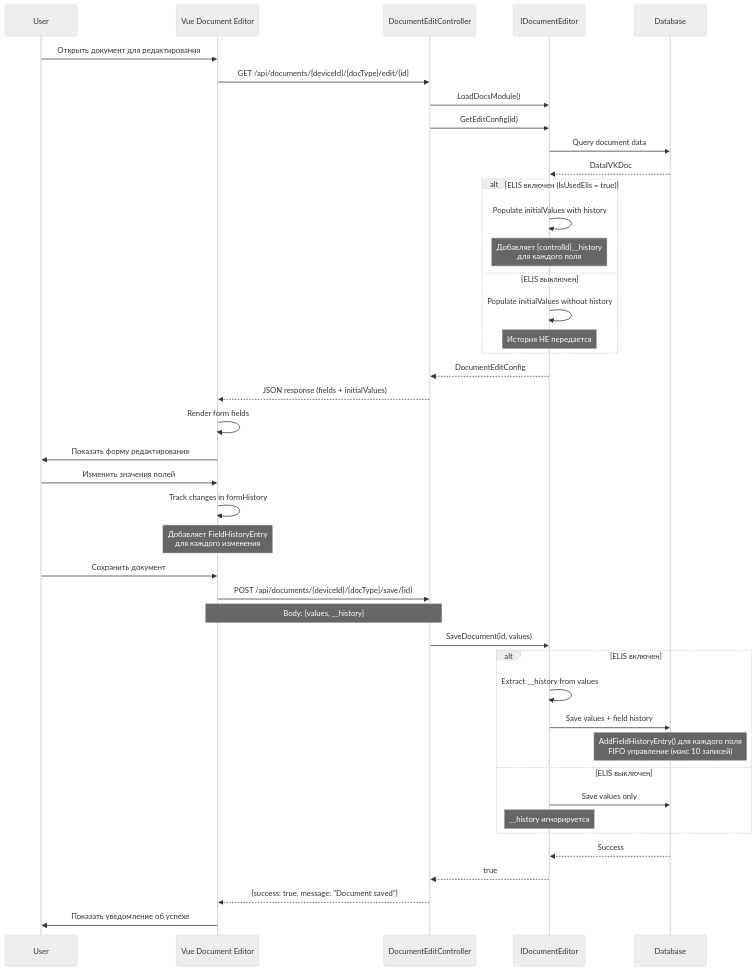
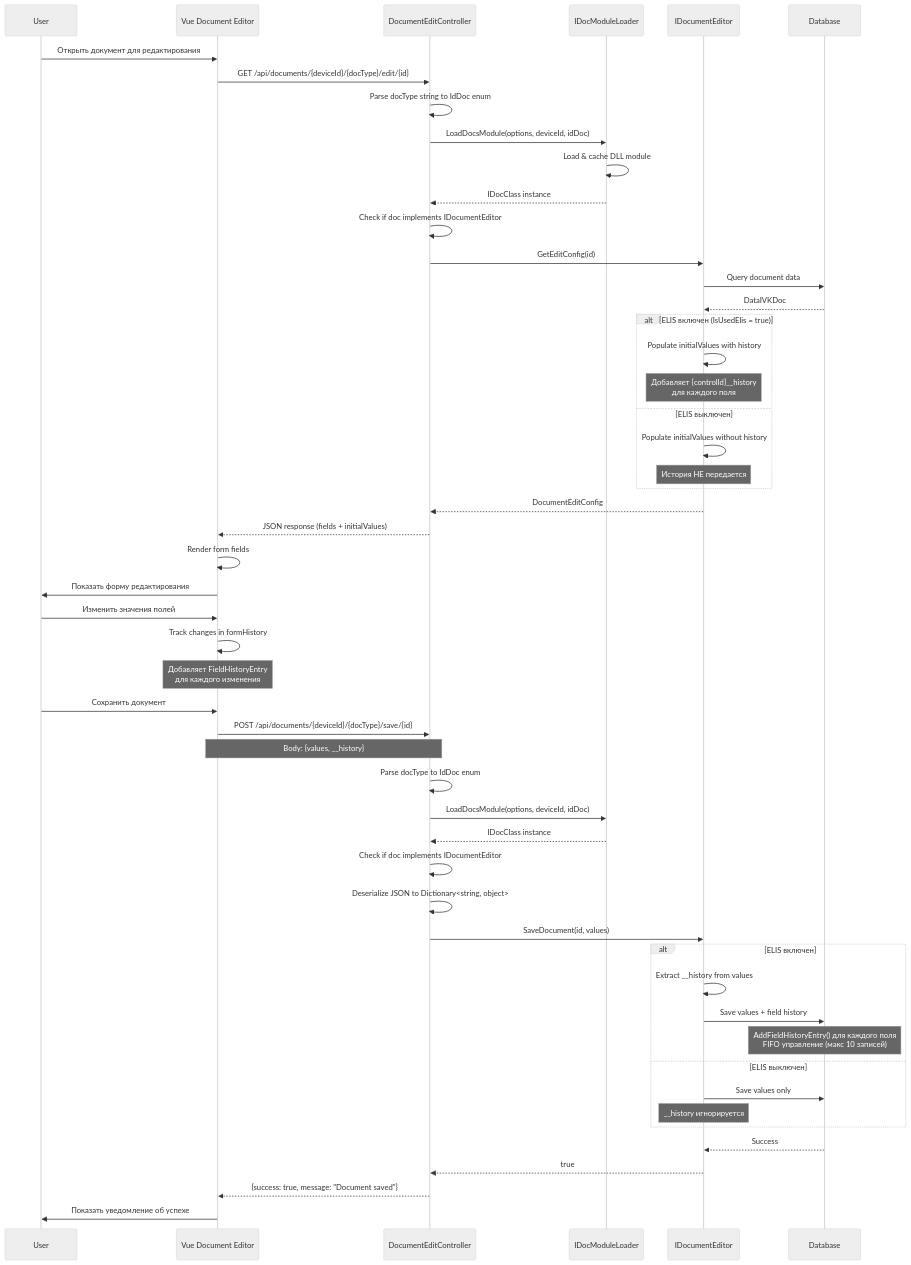
The second of 4 diagrams in docs/api/endpoints.md (tn-ivk/tn-doc), drawn with Mermaid (neutral theme) before and after one commit. The commit also changed other lines of this file, not shown here.

First line of the commit message:
Актуализация API документации: исправлены sequence диаграммы и описания эндпоинтов

````diff
--- a/docs/api/endpoints.md
+++ b/docs/api/endpoints.md
@@ -1105,52 +1015,65 @@
 ```mermaid
 sequenceDiagram
     participant User
     participant VueApp as Vue Document Editor
     participant API as DocumentEditController
+    participant DocModuleLoader as IDocModuleLoader
     participant DocModule as IDocumentEditor
     participant DB as Database
 
     User->>VueApp: Открыть документ для редактирования
     VueApp->>API: GET /api/documents/{deviceId}/{docType}/edit/{id}
-    API->>DocModule: LoadDocsModule()
+
+    API->>API: Parse docType string to IdDoc enum
+    API->>DocModuleLoader: LoadDocsModule(options, deviceId, idDoc)
+    DocModuleLoader->>DocModuleLoader: Load & cache DLL module
+    DocModuleLoader-->>API: IDocClass instance
+
+    API->>API: Check if doc implements IDocumentEditor
     API->>DocModule: GetEditConfig(id)
     DocModule->>DB: Query document data
     DB-->>DocModule: DataIVKDoc
 
     alt ELIS включен (IsUsedElis = true)
         DocModule->>DocModule: Populate initialValues with history
         Note over DocModule: Добавляет {controlId}__history<br/>для каждого поля
     else ELIS выключен
         DocModule->>DocModule: Populate initialValues without history
         Note over DocModule: История НЕ передается
     end
 
     DocModule-->>API: DocumentEditConfig
     API-->>VueApp: JSON response (fields + initialValues)
     VueApp->>VueApp: Render form fields
     VueApp->>User: Показать форму редактирования
 
     User->>VueApp: Изменить значения полей
     VueApp->>VueApp: Track changes in formHistory
     Note over VueApp: Добавляет FieldHistoryEntry<br/>для каждого изменения
 
     User->>VueApp: Сохранить документ
     VueApp->>API: POST /api/documents/{deviceId}/{docType}/save/{id}
     Note over VueApp,API: Body: {values, __history}
 
+    API->>API: Parse docType to IdDoc enum
+    API->>DocModuleLoader: LoadDocsModule(options, deviceId, idDoc)
+    DocModuleLoader-->>API: IDocClass instance
+
+    API->>API: Check if doc implements IDocumentEditor
+    API->>API: Deserialize JSON to Dictionary<string, object>
     API->>DocModule: SaveDocument(id, values)
 
     alt ELIS включен
         DocModule->>DocModule: Extract __history from values
         DocModule->>DB: Save values + field history
         Note over DB: AddFieldHistoryEntry() для каждого поля<br/>FIFO управление (макс 10 записей)
     else ELIS выключен
         DocModule->>DB: Save values only
         Note over DocModule: __history игнорируется
     end
 
     DB-->>DocModule: Success
     DocModule-->>API: true
     API-->>VueApp: {success: true, message: "Document saved"}
     VueApp->>User: Показать уведомление об успехе
 ```
````
